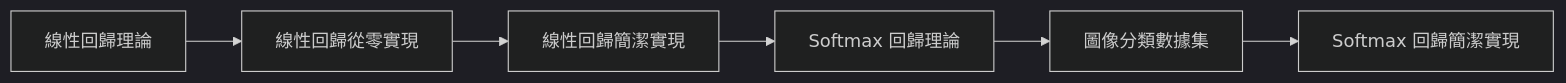
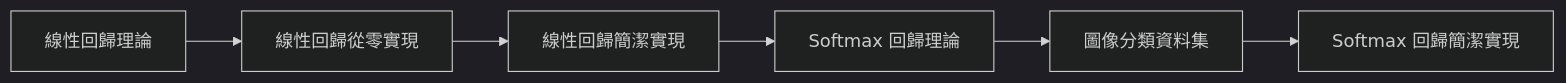
The first of 3 diagrams in 1.從AI到LLM基礎/4.DL/00.DL_Path/3_線性神經網路/README.md (markl-a/My-AI-Learning-Notes), drawn with Mermaid (dark theme) before and after one commit. The commit also changed other lines of this file and 273 other files, not shown here.

````diff
--- a/1.從AI到LLM基礎/4.DL/00.DL_Path/3_線性神經網路/README.md
+++ b/1.從AI到LLM基礎/4.DL/00.DL_Path/3_線性神經網路/README.md
@@ -60,8 +60,8 @@
 ```mermaid
 graph LR
     A[線性回歸理論] --> B[線性回歸從零實現]
     B --> C[線性回歸簡潔實現]
     C --> D[Softmax 回歸理論]
-    D --> E[圖像分類數據集]
+    D --> E[圖像分類資料集]
     E --> F[Softmax 回歸簡潔實現]
 ```
````
